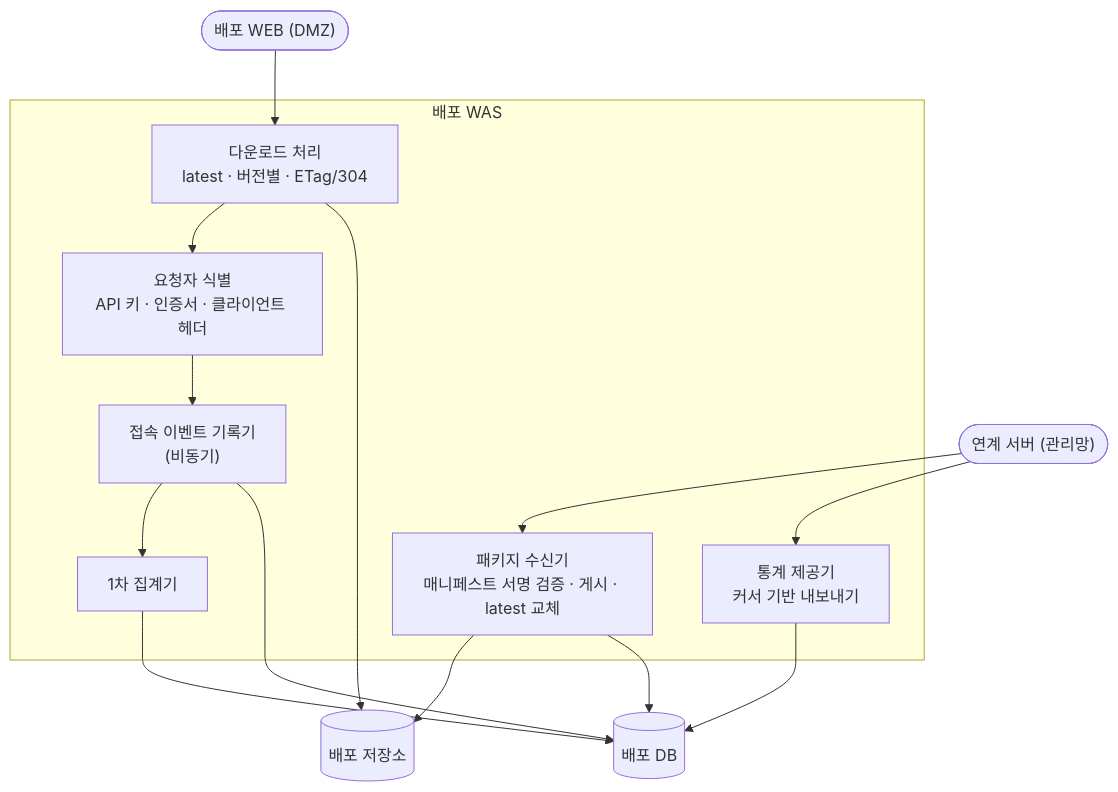
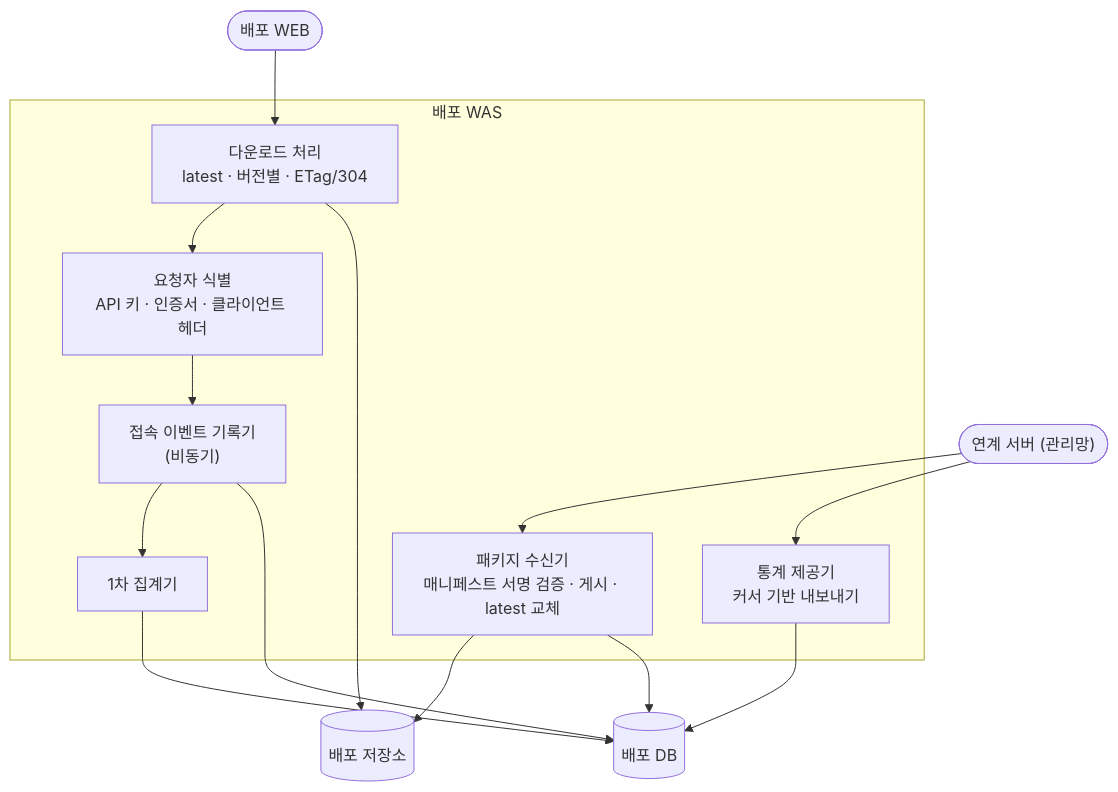
Before and after one commit to yongsungkim-electcerti/kr-dss: the third of 3 diagrams in docs/design/KR-TL-관리시스템/부록/B-인프라-구성-상세.md, drawn with Mermaid. The commit also changed other lines of this file and 4 other files, not shown here.

````diff
--- a/docs/design/KR-TL-관리시스템/부록/B-인프라-구성-상세.md
+++ b/docs/design/KR-TL-관리시스템/부록/B-인프라-구성-상세.md
@@ -144,17 +144,17 @@
 ```mermaid
 flowchart TB
-    WEB(["배포 WEB (DMZ)"]) --> DL
+    WEB(["배포 WEB"]) --> DL
     LINK(["연계 서버 (관리망)"]) --> ING & SEX
     subgraph DWAS["배포 WAS"]
         DL["다운로드 처리<br/>latest · 버전별 · ETag/304"]
         CID["요청자 식별<br/>API 키 · 인증서 · 클라이언트 헤더"]
         EVT["접속 이벤트 기록기<br/>(비동기)"]
         AGG["1차 집계기"]
         ING["패키지 수신기<br/>매니페스트 서명 검증 · 게시 · latest 교체"]
         SEX["통계 제공기<br/>커서 기반 내보내기"]
     end
     DL --> CID --> EVT --> AGG
     DL --> REPO[("배포 저장소")]
     ING --> REPO
     ING & EVT & AGG & SEX --> DDB[("배포 DB")]
 ```
````
